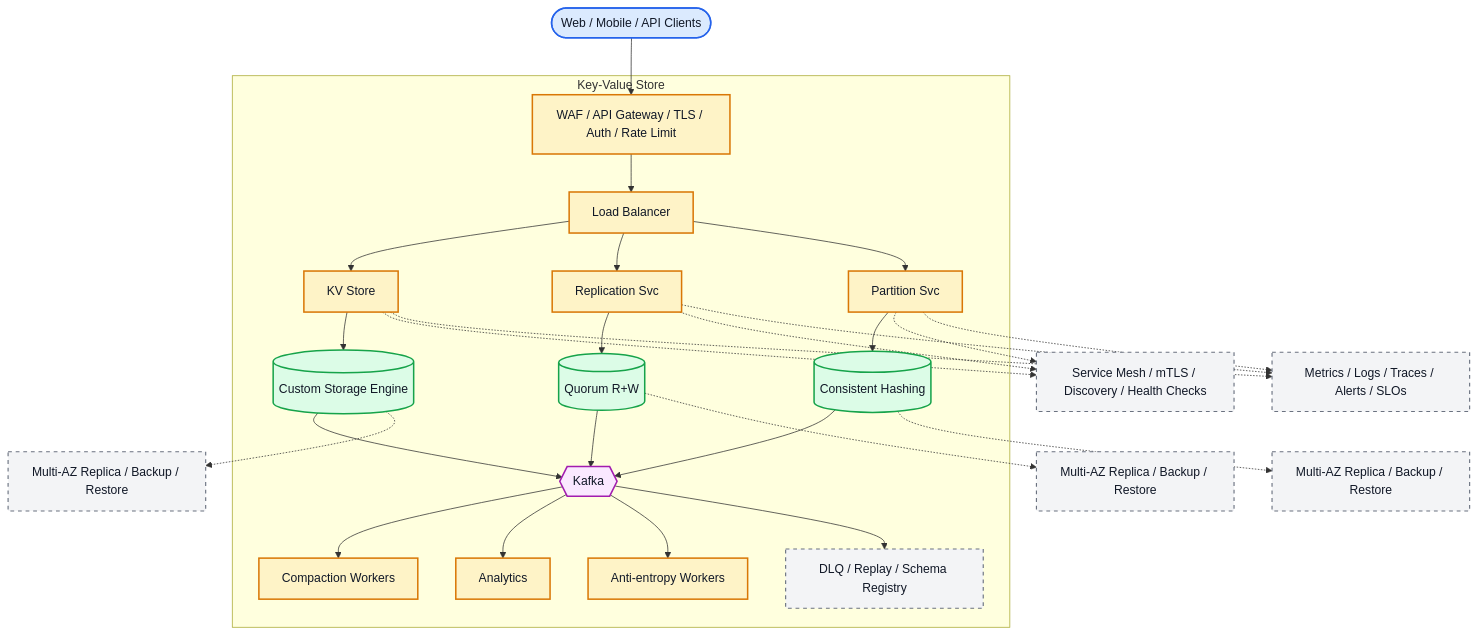
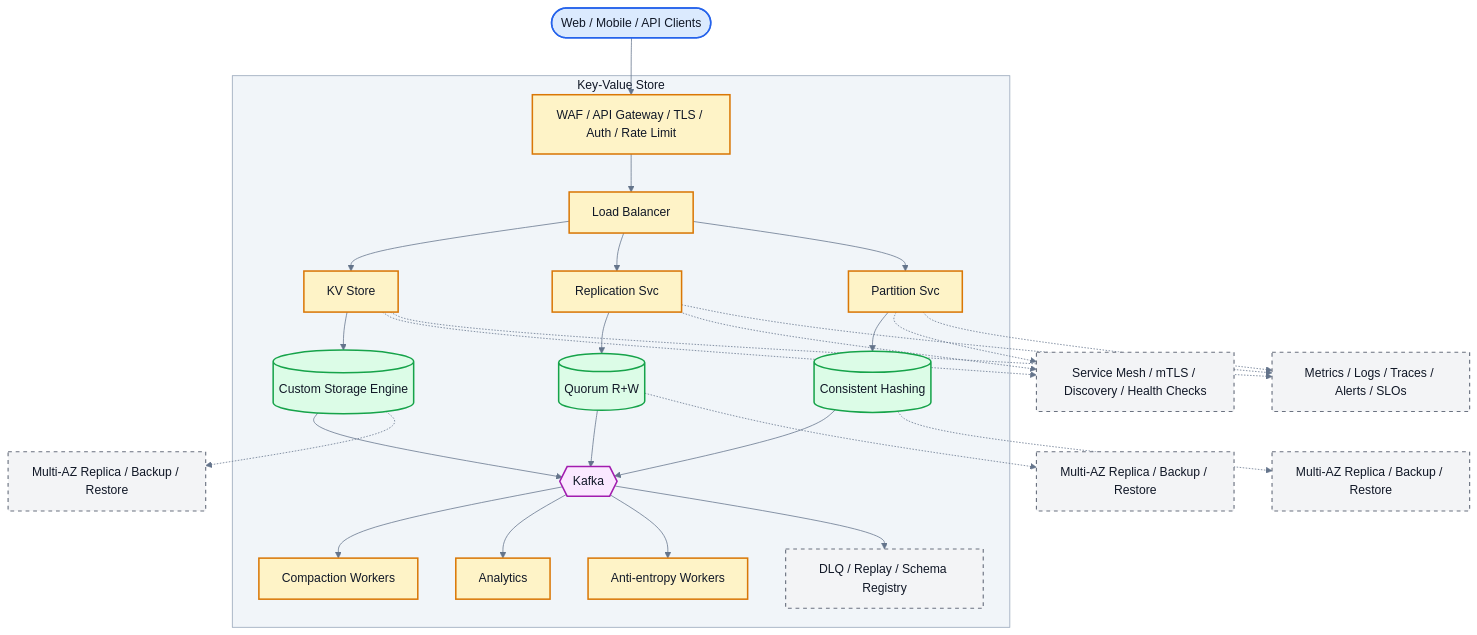
The diagram in system-design-key-value-store.md (aishwary11/system-design), drawn with Mermaid before and after one commit. The commit also changed 36 other files, not shown here.

First line of the commit message:
Pin shared mermaid theme for consistent cross-viewer rendering

````diff
--- a/system-design-key-value-store.md
+++ b/system-design-key-value-store.md
@@ -38,65 +38,66 @@
 ```mermaid
+%%{init: {"theme": "base", "themeVariables": {"darkMode": false, "lineColor": "#64748b", "textColor": "#111827", "titleColor": "#111827", "primaryTextColor": "#111827", "clusterBkg": "#f1f5f9", "clusterBorder": "#94a3b8", "edgeLabelBackground": "#ffffff"}}}%%
 flowchart TB
     %% Actors (people)
     clients(["Web / Mobile / API Clients"])
 
     %% System boundary - containers owned by the platform
     subgraph platform["Key-Value Store"]
         edge["WAF / API Gateway / TLS / Auth / Rate Limit"]
         lb["Load Balancer"]
         svc0["KV Store"]
         svc1["Replication Svc"]
         svc2["Partition Svc"]
         store0[("Custom Storage Engine")]
         store1[("Quorum R+W")]
         store2[("Consistent Hashing")]
         stream{{"Kafka"}}
         worker0["Compaction Workers"]
         worker1["Analytics"]
         worker2["Anti-entropy Workers"]
         dlq["DLQ / Replay / Schema Registry"]
     end
 
     %% Cross-cutting control plane (dashed edges)
     mesh["Service Mesh / mTLS / Discovery / Health Checks"]
     ops["Metrics / Logs / Traces / Alerts / SLOs"]
     backup0["Multi-AZ Replica / Backup / Restore"]
     backup1["Multi-AZ Replica / Backup / Restore"]
     backup2["Multi-AZ Replica / Backup / Restore"]
 
     clients --> edge
     edge --> lb
     lb --> svc0
     lb --> svc1
     lb --> svc2
     svc0 --> store0
     svc1 --> store1
     svc2 --> store2
     store0 --> stream
     store1 --> stream
     store2 --> stream
     stream --> worker0
     stream --> worker1
     stream --> worker2
     stream --> dlq
     svc0 -.-> mesh
     svc1 -.-> mesh
     svc2 -.-> mesh
     svc0 -.-> ops
     svc1 -.-> ops
     svc2 -.-> ops
     store0 -.-> backup0
     store1 -.-> backup1
     store2 -.-> backup2
 
     classDef actor fill:#dbeafe,stroke:#2563eb,stroke-width:2px,color:#111827
     classDef service fill:#fef3c7,stroke:#d97706,stroke-width:2px,color:#111827
     classDef store fill:#dcfce7,stroke:#16a34a,stroke-width:2px,color:#111827
     classDef broker fill:#fae8ff,stroke:#a21caf,stroke-width:2px,color:#111827
     classDef control fill:#f3f4f6,stroke:#6b7280,stroke-width:1.5px,stroke-dasharray:5 5,color:#111827
     class clients actor
     class edge,lb,svc0,svc1,svc2,worker0,worker1,worker2 service
     class store0,store1,store2 store
     class stream broker
     class dlq,mesh,ops,backup0,backup1,backup2 control
 ```
````
